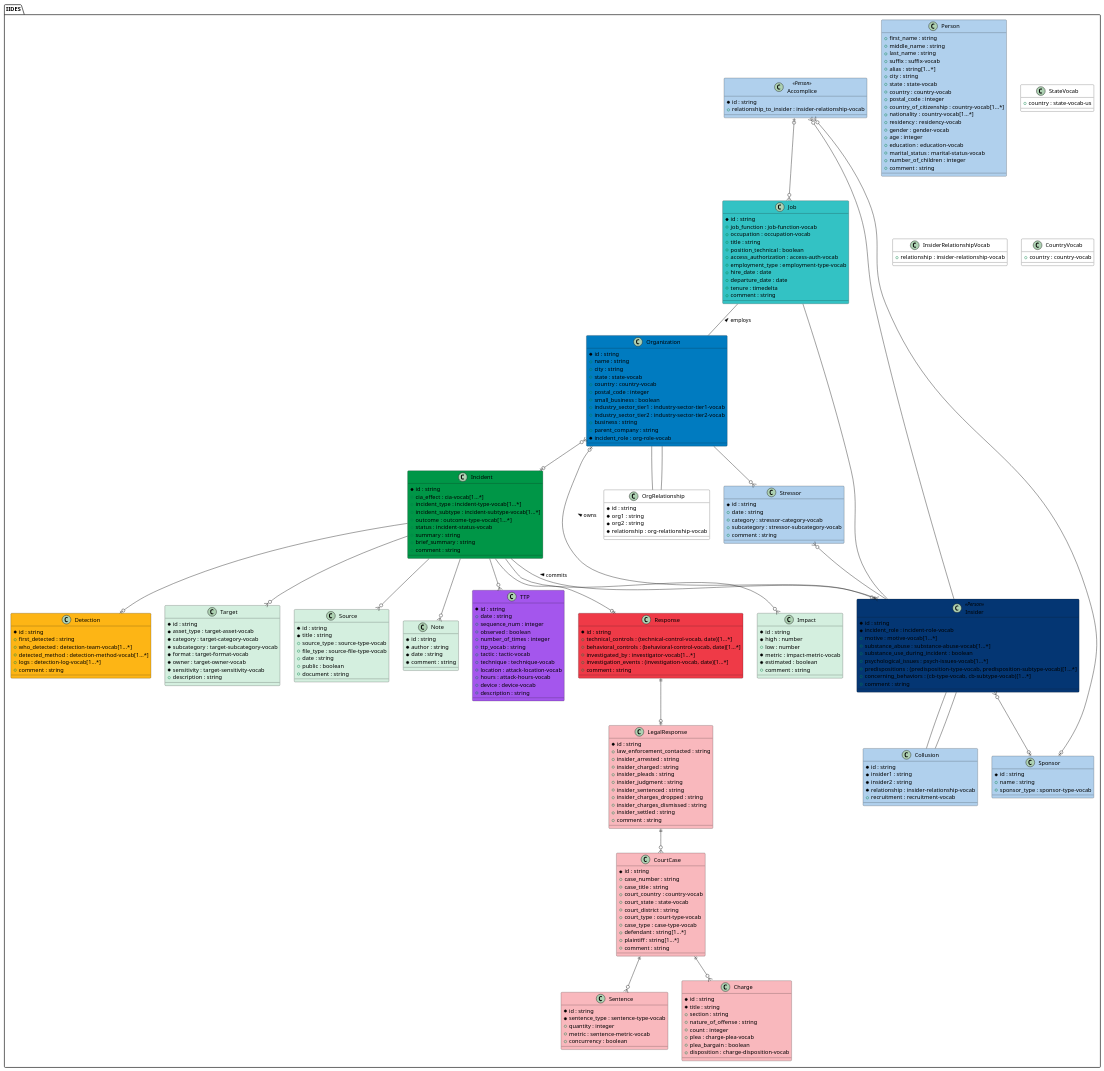
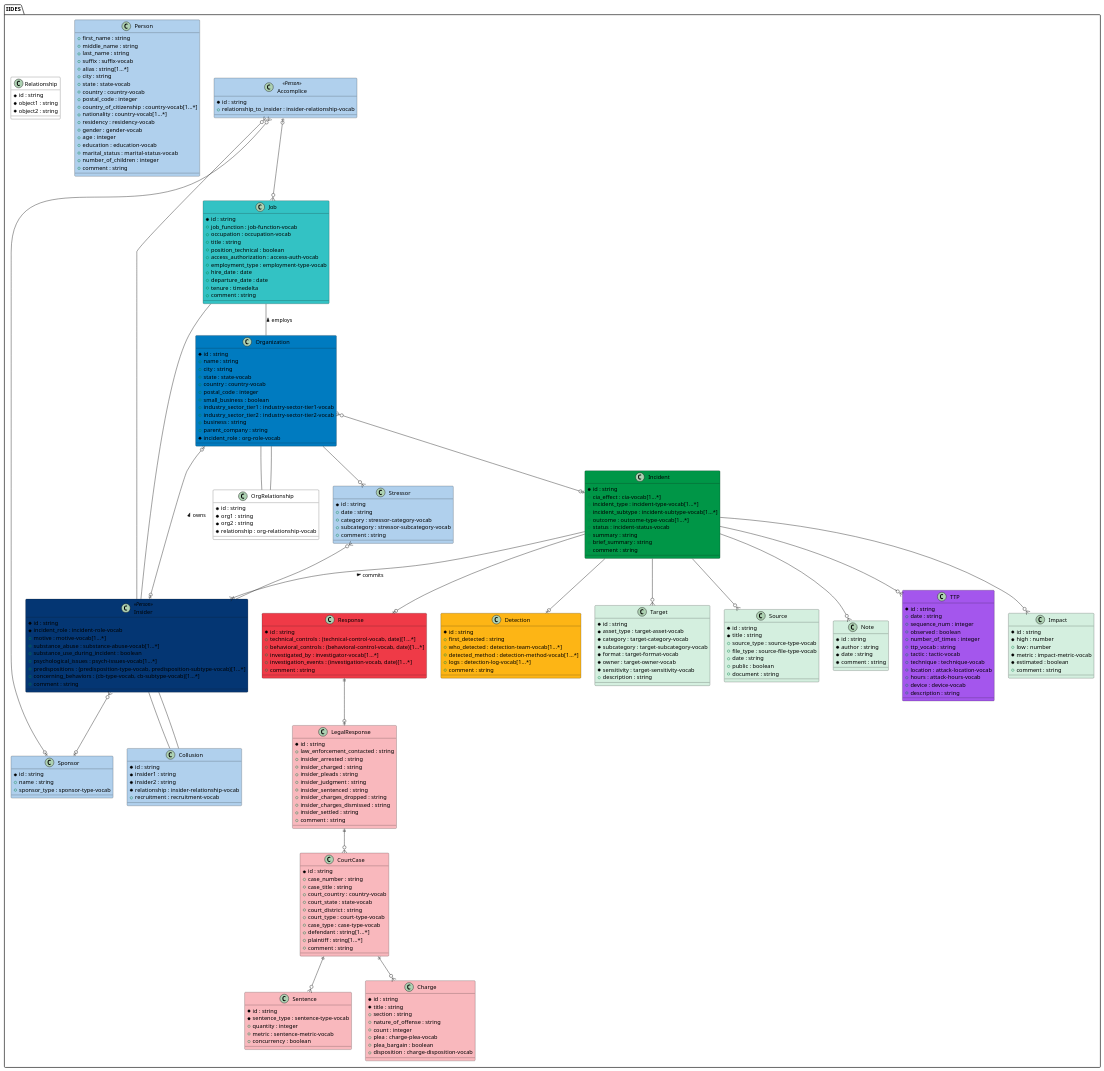
The diagram in UML/source/iides.wsd (cmu-sei/iides), drawn with PlantUML before and after one commit. The commit also changed 5 other files, not shown here.

```diff
--- a/UML/source/iides.wsd
+++ b/UML/source/iides.wsd
@@ -193,20 +193,16 @@
 	+ logs : detection-log-vocab[1...*] 
 	+ comment : string 
 }
-class StateVocab #FFFFFF {
-	+ country : state-vocab-us 
-}
-class InsiderRelationshipVocab #FFFFFF {
-	+ relationship : insider-relationship-vocab 
-}
-class CountryVocab #FFFFFF {
-	+ country : country-vocab 
-}
 class OrgRelationship #FFFFFF {
 	* id : string 
 	* org1 : string 
 	* org2 : string 
 	* relationship : org-relationship-vocab 
+}
+class Relationship #FFFFFF {
+	* id : string 
+	* object1 : string 
+	* object2 : string 
 }
 class Collusion #b0d0ed {
 	* id : string 
```
